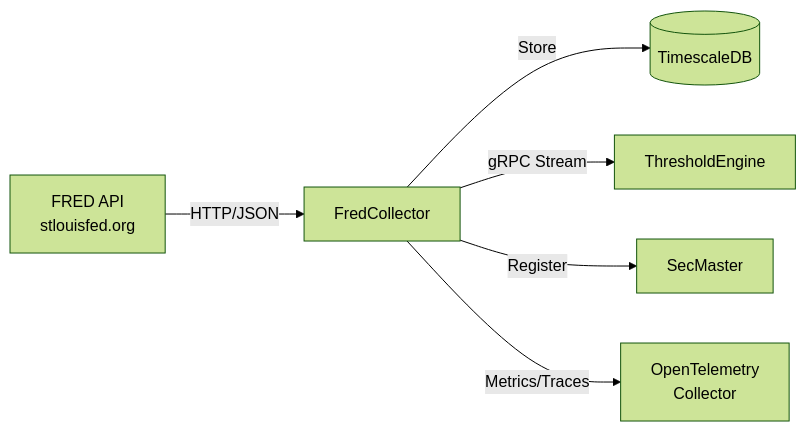
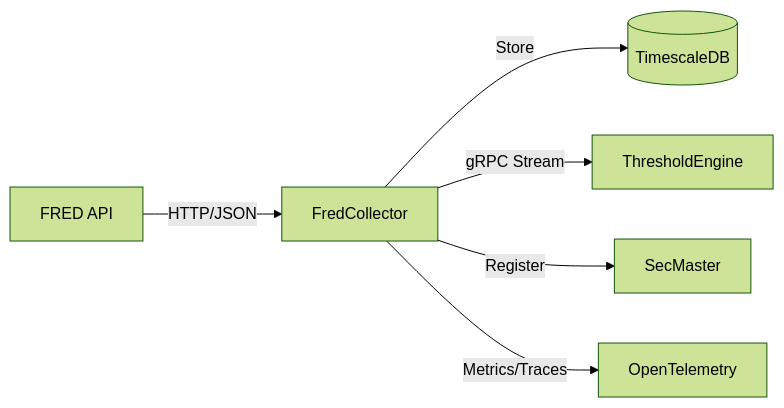
Before and after one commit to jpansarasa/ATLAS-Docs: the diagram in FredCollector/README.md, drawn with Mermaid (forest theme). The commit also changed other lines of this file and 22 other files, not shown here.

````diff
--- a/FredCollector/README.md
+++ b/FredCollector/README.md
@@ -11,8 +11,8 @@
 ```mermaid
 flowchart LR
-    FRED[FRED API<br/>stlouisfed.org] -->|HTTP/JSON| FC[FredCollector]
+    FRED[FRED API] -->|HTTP/JSON| FC[FredCollector]
     FC -->|Store| DB[(TimescaleDB)]
     FC -->|gRPC Stream| TE[ThresholdEngine]
     FC -->|Register| SM[SecMaster]
-    FC -->|Metrics/Traces| OTEL[OpenTelemetry<br/>Collector]
+    FC -->|Metrics/Traces| OTEL[OpenTelemetry]
 ```
````
